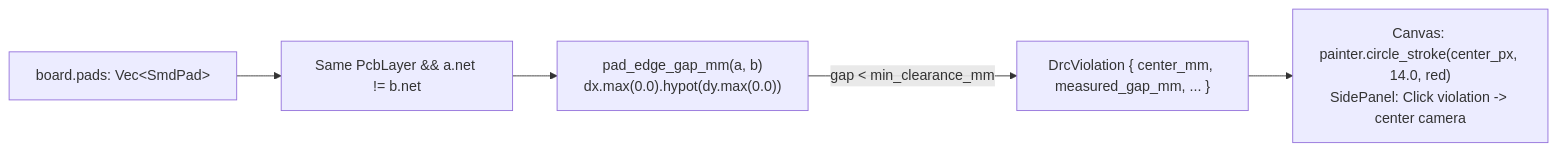
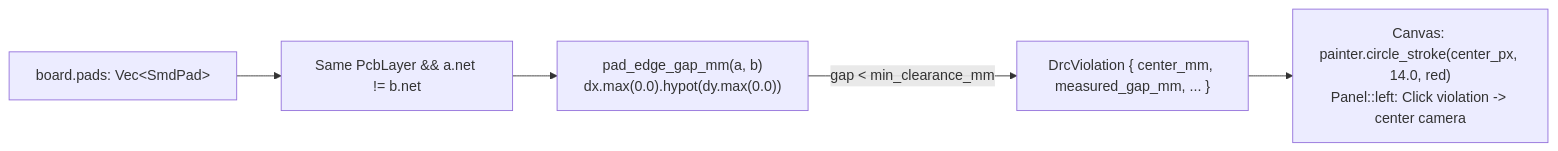
Before and after one commit to domesticmouse/learn-egui: the diagram in lessons/0013-drc-violation-overlay-and-minimap.md, drawn with Mermaid. The commit also changed other lines of this file and 191 other files, not shown here.

````diff
--- a/lessons/0013-drc-violation-overlay-and-minimap.md
+++ b/lessons/0013-drc-violation-overlay-and-minimap.md
@@ -20,7 +20,7 @@
 ```mermaid
 flowchart LR
     Pads["board.pads: Vec&lt;SmdPad&gt;"] --> Pair["Same PcbLayer &amp;&amp; a.net != b.net"]
     Pair --> Gap["pad_edge_gap_mm(a, b)<br/>dx.max(0.0).hypot(dy.max(0.0))"]
     Gap -->|"gap &lt; min_clearance_mm"| Viol["DrcViolation { center_mm, measured_gap_mm, ... }"]
-    Viol --> Halo["Canvas: painter.circle_stroke(center_px, 14.0, red)<br/>SidePanel: Click violation -> center camera"]
+    Viol --> Halo["Canvas: painter.circle_stroke(center_px, 14.0, red)<br/>Panel::left: Click violation -> center camera"]
 ```
````
